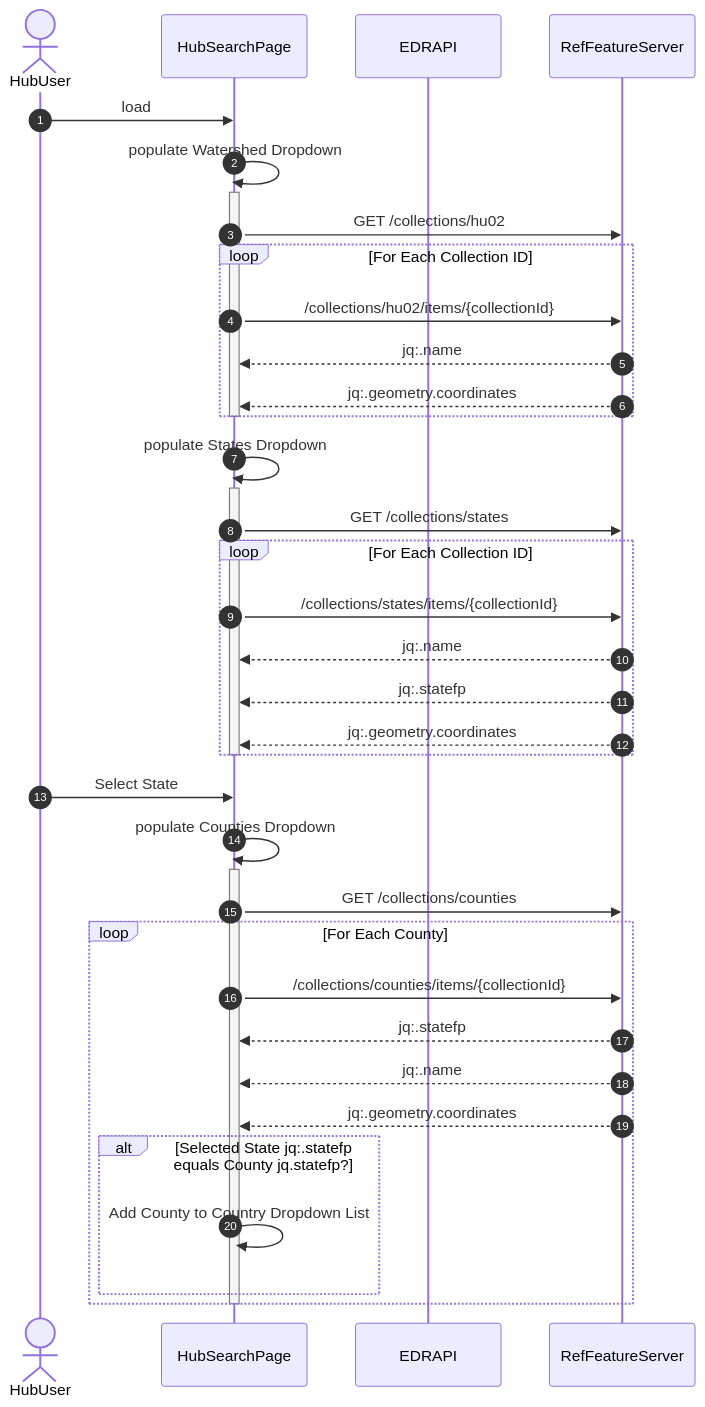
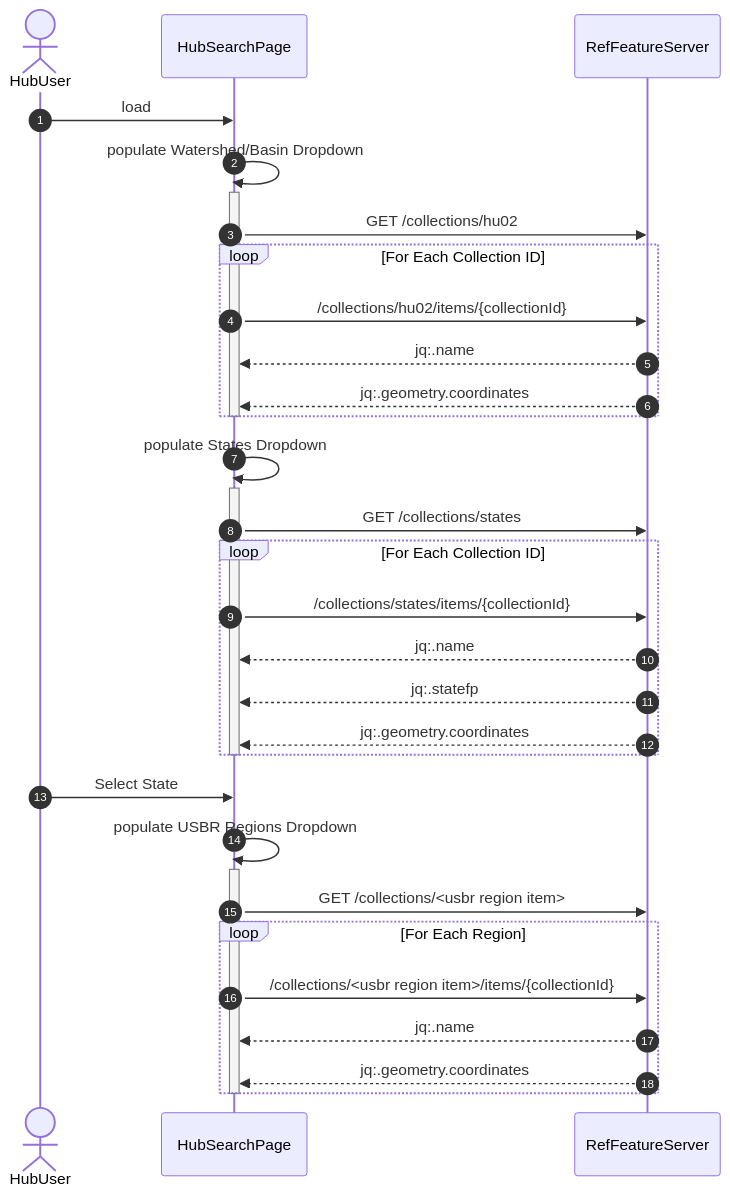
One commit to adplincinst/usbr changed the first of 3 diagrams in monday.com/USBR-272/README.md. Above: the diagram before and after it, drawn with Mermaid. The commit also changed other lines of this file, not shown here.

````diff
--- a/monday.com/USBR-272/README.md
+++ b/monday.com/USBR-272/README.md
@@ -62,48 +67,44 @@
 ```mermaid
 sequenceDiagram
 autonumber
 actor HubUser
 participant HubSearchPage
-participant EDRAPI
+#participant EDRAPI
 participant RefFeatureServer
 
 HubUser ->> HubSearchPage: load
-HubSearchPage ->> HubSearchPage: populate Watershed Dropdown
+HubSearchPage ->> HubSearchPage: populate Watershed/Basin Dropdown
 activate HubSearchPage
 HubSearchPage ->> RefFeatureServer: GET /collections/hu02
 loop For Each Collection ID
 HubSearchPage ->> RefFeatureServer: /collections/hu02/items/{collectionId}
 RefFeatureServer -->> HubSearchPage: jq:.name
 RefFeatureServer -->> HubSearchPage: jq:.geometry.coordinates
 end
 deactivate HubSearchPage
 
 
 HubSearchPage ->> HubSearchPage: populate States Dropdown
 activate HubSearchPage
 HubSearchPage ->> RefFeatureServer: GET /collections/states
 loop For Each Collection ID
-HubSearchPage ->> RefFeatureServer: /collections/states/items/{collectionId}
-RefFeatureServer -->> HubSearchPage: jq:.name
-RefFeatureServer -->> HubSearchPage: jq:.statefp
-RefFeatureServer -->> HubSearchPage: jq:.geometry.coordinates
-
+  HubSearchPage ->> RefFeatureServer: /collections/states/items/{collectionId}
+  RefFeatureServer -->> HubSearchPage: jq:.name
+  RefFeatureServer -->> HubSearchPage: jq:.statefp
+  RefFeatureServer -->> HubSearchPage: jq:.geometry.coordinates
 end
 deactivate HubSearchPage
+HubUser ->> HubSearchPage: Select State
 
-HubUser ->> HubSearchPage: Select State
-HubSearchPage ->> HubSearchPage: populate Counties Dropdown
+
+HubSearchPage ->> HubSearchPage: populate USBR Regions Dropdown
 activate HubSearchPage
-HubSearchPage ->> RefFeatureServer: GET /collections/counties
-loop For Each County  
-HubSearchPage ->> RefFeatureServer: /collections/counties/items/{collectionId}
-RefFeatureServer -->> HubSearchPage: jq:.statefp
-RefFeatureServer -->> HubSearchPage: jq:.name
-RefFeatureServer -->> HubSearchPage: jq:.geometry.coordinates
-alt Selected State jq:.statefp equals County jq.statefp?
-  HubSearchPage ->> HubSearchPage: Add County to Country Dropdown List
-end
+HubSearchPage ->> RefFeatureServer: GET /collections/<usbr region item>
+loop For Each Region  
+  HubSearchPage ->> RefFeatureServer: /collections/<usbr region item>/items/{collectionId}
+  RefFeatureServer -->> HubSearchPage: jq:.name
+  RefFeatureServer -->> HubSearchPage: jq:.geometry.coordinates
 end
 deactivate HubSearchPage
 
 ```
````
